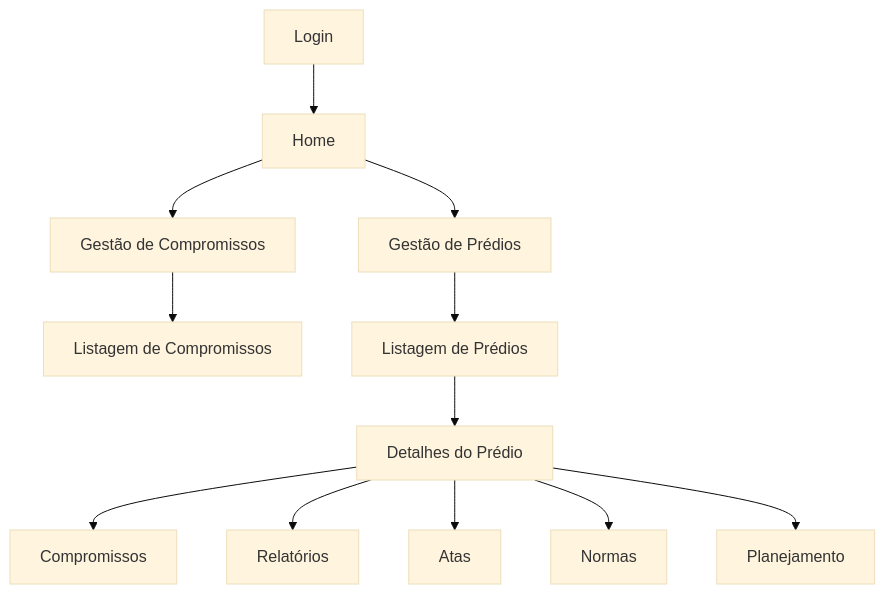
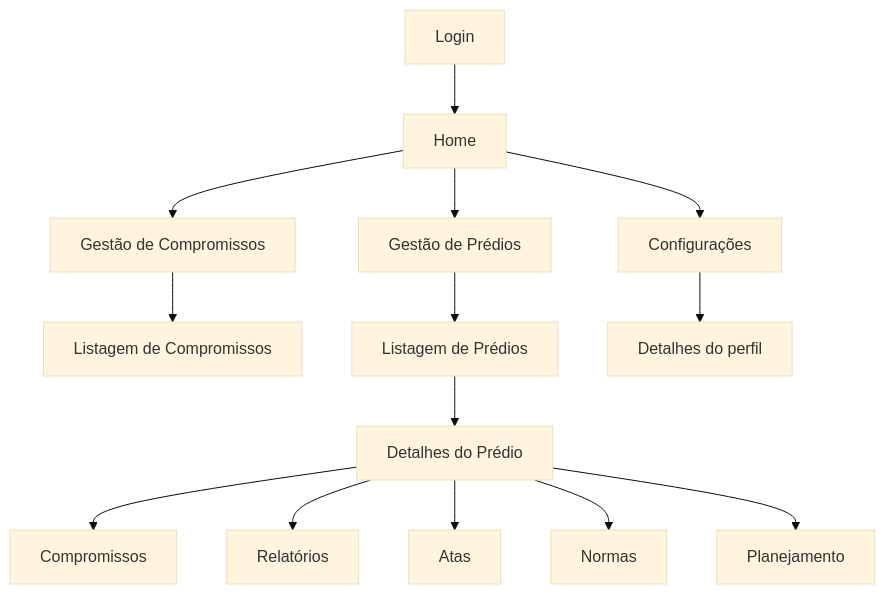
One commit to pdrollucas/euSindico changed diagram 14 of 15 in documentation/RFC/RFC.md. Above: the diagram before and after it, drawn with Mermaid (base theme). The commit also changed other lines of this file, not shown here.

First line of the commit message:
Docs: Update project version and enhance flow diagrams

````diff
--- a/documentation/RFC/RFC.md
+++ b/documentation/RFC/RFC.md
@@ -592,19 +712,22 @@
 ```mermaid
 flowchart TD
 
 A[Login] --> B[Home]
 
 B --> C[Gestão de Compromissos]
 B --> D[Gestão de Prédios]
+B --> F[Configurações]
 
 C --> C1[Listagem de Compromissos]
 
 D --> D1[Listagem de Prédios]
 D1 --> E[Detalhes do Prédio]
 
 E --> E1[Compromissos]
 E --> E2[Relatórios]
 E --> E3[Atas]
 E --> E4[Normas]
 E --> E5[Planejamento]
+
+F --> F1[Detalhes do perfil]
 ```
````
